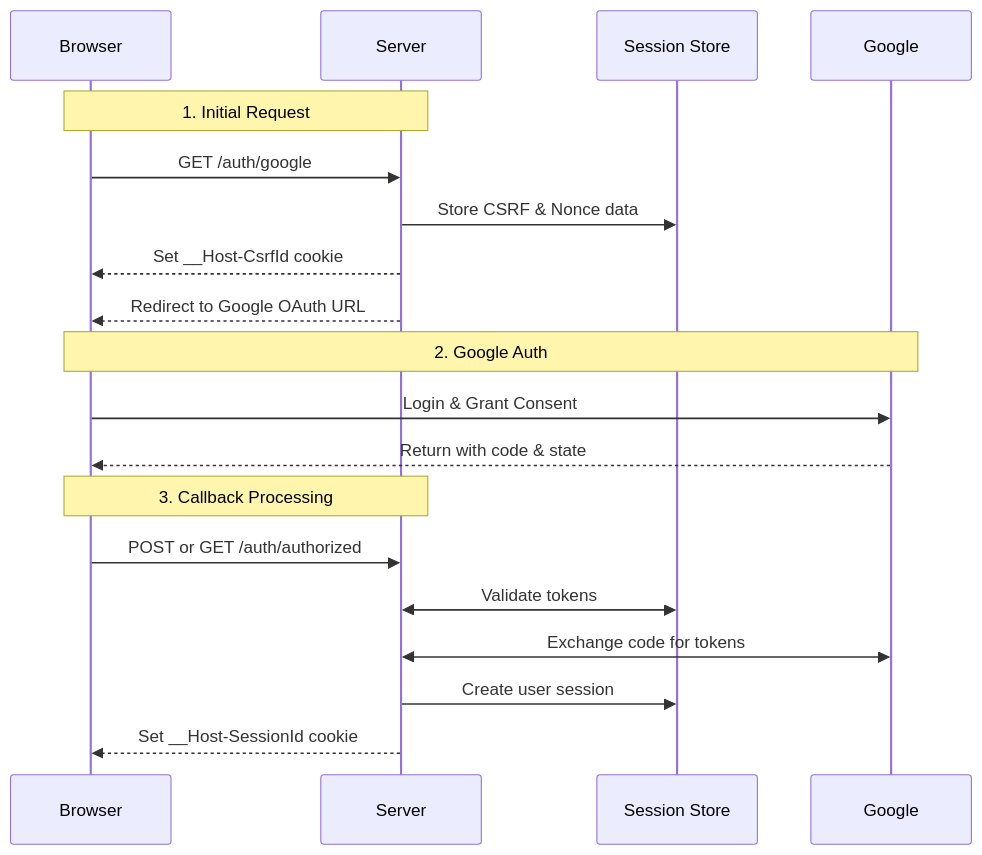
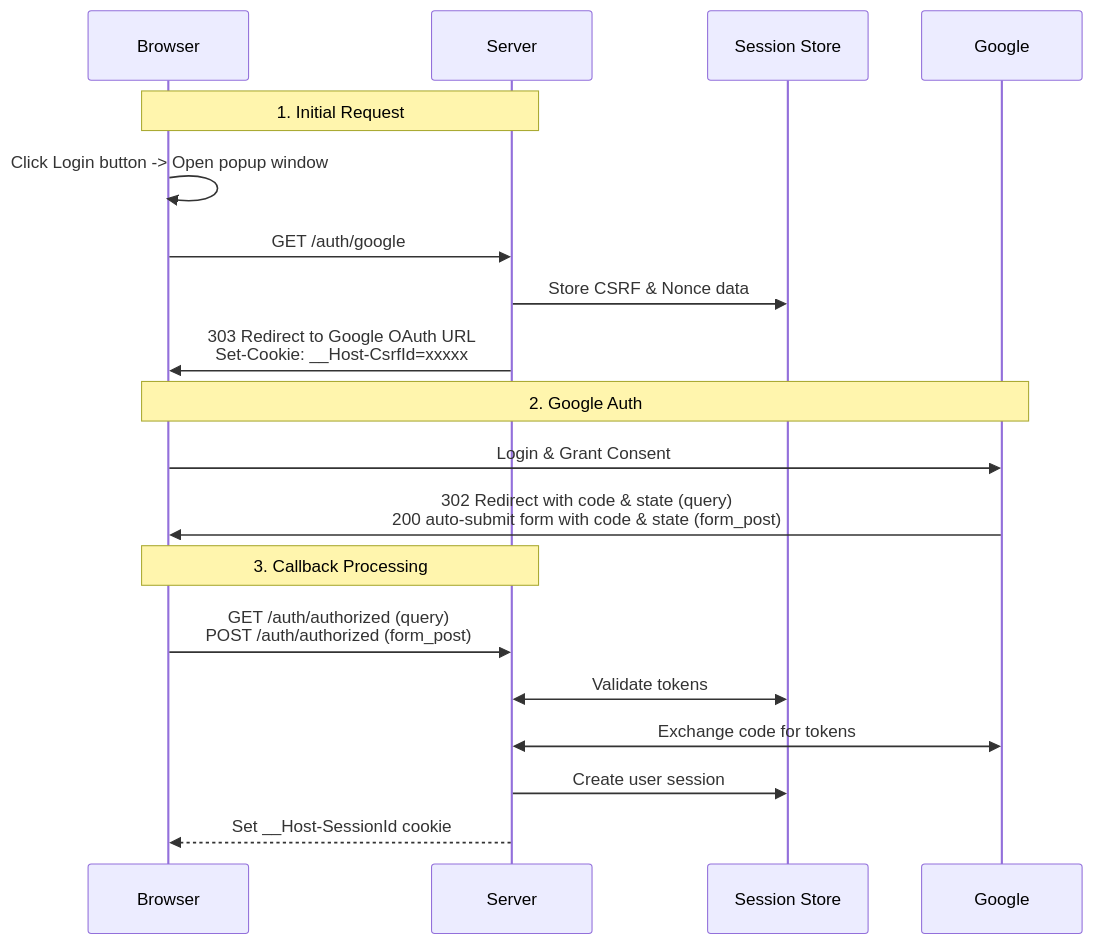
Before and after one commit to ktaka-ccmp/ktaka.blog.ccmp.jp: the second of 5 diagrams in 2024/Axum-Google-OAuth2-Login/Readme.en.md, drawn with Mermaid. The commit also changed other lines of this file, not shown here.

````diff
--- a/2024/Axum-Google-OAuth2-Login/Readme.en.md
+++ b/2024/Axum-Google-OAuth2-Login/Readme.en.md
@@ -137,24 +136,24 @@
 ```mermaid
 sequenceDiagram
     participant Browser
     participant Server
     participant Session Store
     participant Google
 
     Note over Browser,Server: 1. Initial Request
+    Browser->>Browser: Click Login button -> Open popup window
     Browser->>Server: GET /auth/google
     Server->>Session Store: Store CSRF & Nonce data
-    Server-->>Browser: Set __Host-CsrfId cookie
-    Server-->>Browser: Redirect to Google OAuth URL
+    Server->>Browser: 303 Redirect to Google OAuth URL<br/>Set-Cookie: __Host-CsrfId=xxxxx
 
     Note over Browser,Google: 2. Google Auth
     Browser->>Google: Login & Grant Consent
-    Google-->>Browser: Return with code & state
+    Google->>Browser: 302 Redirect with code & state (query)<br/> 200 auto-submit form with code & state (form_post)
 
     Note over Browser,Server: 3. Callback Processing
-    Browser->>Server: POST or GET /auth/authorized
+    Browser->>Server: GET /auth/authorized (query) <br/>POST /auth/authorized (form_post)
     Server<<->>Session Store: Validate tokens
     Server<<->>Google: Exchange code for tokens
     Server->>Session Store: Create user session
     Server-->>Browser: Set __Host-SessionId cookie
 ```
````
